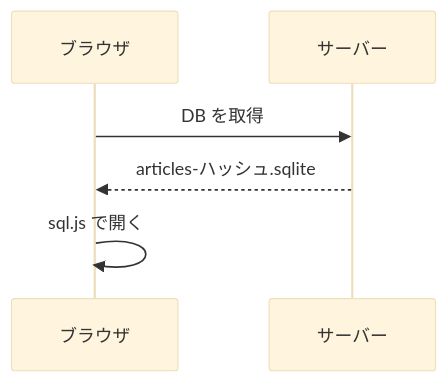
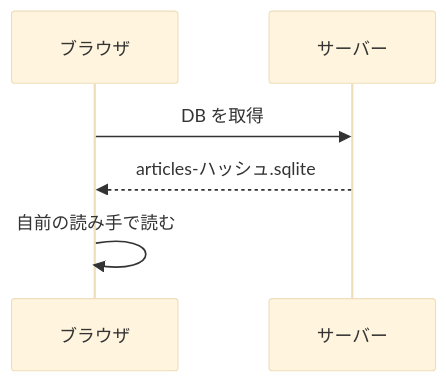
One commit to tett23/sqlite-cms changed the second of 7 diagrams in example/content/articles/complex-mixed.md. Above: the diagram before and after it, drawn with Mermaid (base theme). The commit also changed other lines of this file and 34 other files, not shown here.

````diff
--- a/example/content/articles/complex-mixed.md
+++ b/example/content/articles/complex-mixed.md
@@ -48,6 +48,6 @@
 ```mermaid
 sequenceDiagram
   ブラウザ->>サーバー: DB を取得
   サーバー-->>ブラウザ: articles-ハッシュ.sqlite
-  ブラウザ->>ブラウザ: sql.js で開く
+  ブラウザ->>ブラウザ: 自前の読み手で読む
 ```
````
